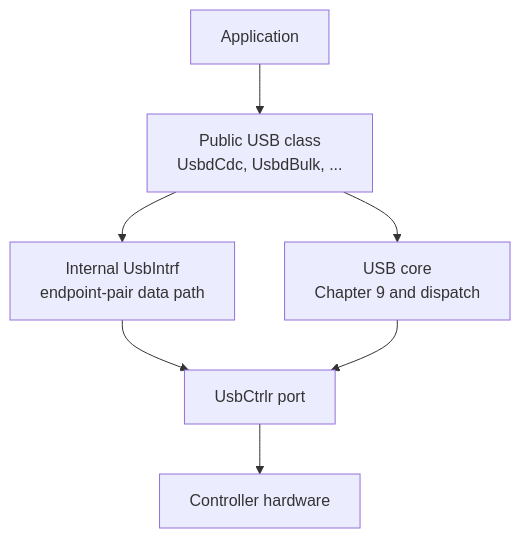
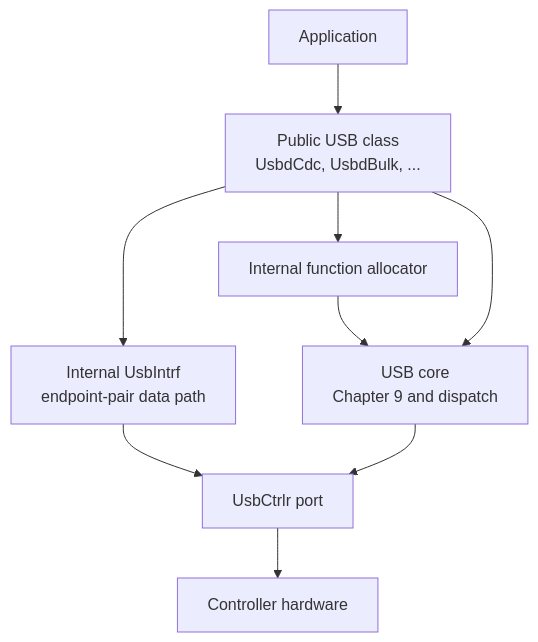
One commit to IOsonata/IOsonata changed the first of 3 diagrams in docs/architecture/usb.md. Above: the diagram before and after it, drawn with Mermaid. The commit also changed other lines of this file, not shown here.

Commit message:
Document internal USB resource allocation

````diff
--- a/docs/architecture/usb.md
+++ b/docs/architecture/usb.md
@@ -7,9 +7,11 @@
 ```mermaid
 flowchart TD
     App[Application] --> Class[Public USB class<br/>UsbdCdc, UsbdBulk, ...]
+    Class --> Alloc[Internal function allocator]
     Class --> Intrf[Internal UsbIntrf<br/>endpoint-pair data path]
-    Class --> Core[USB core<br/>Chapter 9 and dispatch]
+    Alloc --> Core[USB core<br/>Chapter 9 and dispatch]
+    Class --> Core
     Intrf --> Port[UsbCtrlr port]
     Core --> Port
     Port --> Hw[Controller hardware]
 ```
````
